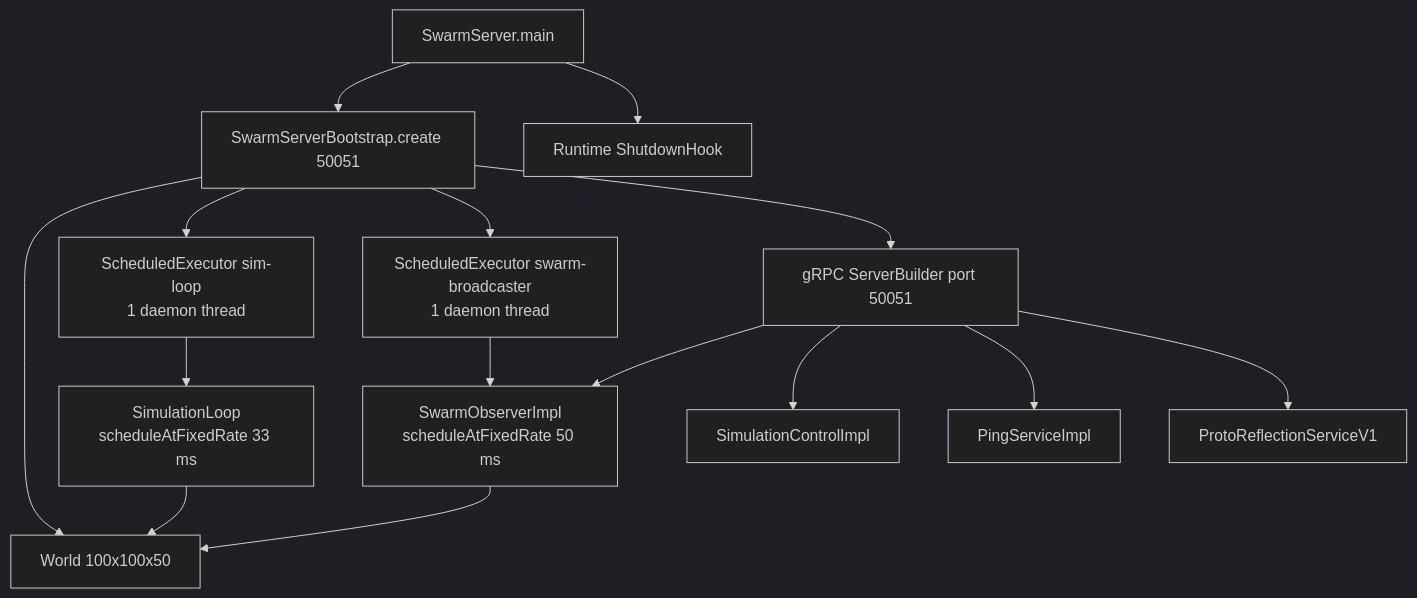
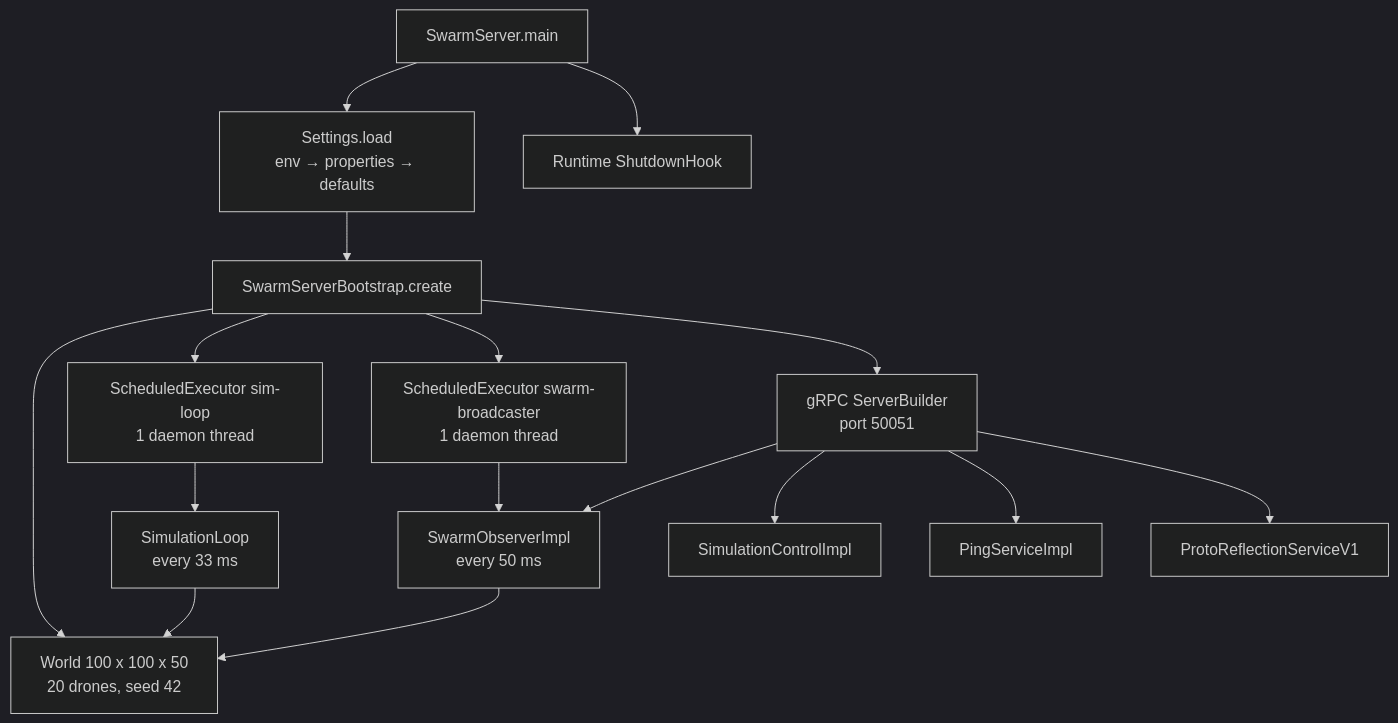
Before and after one commit to gakkel-labs/swarm-simulator: the second of 4 diagrams in docs/architecture.md, drawn with Mermaid (dark theme). The commit also changed other lines of this file and 8 other files, not shown here.

Commit message:
docs: align architecture, Boids rules, gRPC contract and Unity guide with the code (#149)

````diff
--- a/docs/architecture.md
+++ b/docs/architecture.md
@@ -93,23 +127,24 @@
 ```mermaid
 flowchart TD
     MAIN[SwarmServer.main]
-    BOOT[SwarmServerBootstrap.create 50051]
-    W[World 100x100x50]
+    SET[Settings.load<br/>env → properties → defaults]
+    BOOT[SwarmServerBootstrap.create]
+    W[World 100 x 100 x 50<br/>20 drones, seed 42]
     SIMEX[ScheduledExecutor sim-loop<br/>1 daemon thread]
-    SIM[SimulationLoop<br/>scheduleAtFixedRate 33 ms]
+    SIM[SimulationLoop<br/>every 33 ms]
     BCASTEX[ScheduledExecutor swarm-broadcaster<br/>1 daemon thread]
-    OBS[SwarmObserverImpl<br/>scheduleAtFixedRate 50 ms]
-    GRPC[gRPC ServerBuilder port 50051]
+    OBS[SwarmObserverImpl<br/>every 50 ms]
+    GRPC[gRPC ServerBuilder<br/>port 50051]
     HOOK[Runtime ShutdownHook]
 
-    MAIN --> BOOT
+    MAIN --> SET --> BOOT
     BOOT --> W
     BOOT --> SIMEX --> SIM --> W
     BOOT --> BCASTEX --> OBS --> W
     BOOT --> GRPC
     GRPC --> OBS
     GRPC --> CTRL2[SimulationControlImpl]
     GRPC --> PING[PingServiceImpl]
     GRPC --> REFL[ProtoReflectionServiceV1]
     MAIN --> HOOK
 ```
````
